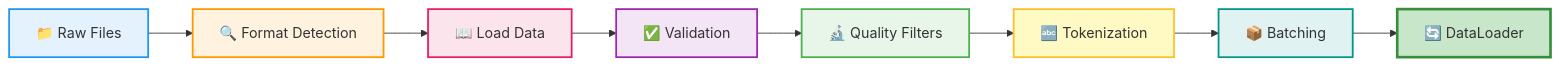
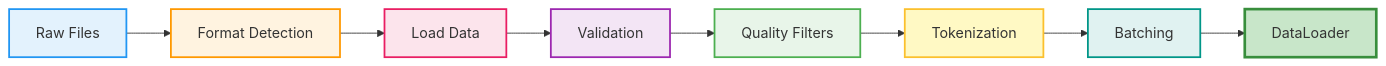
Diagram 13 of 23 in code/docs/FLOWCHARTS_VISUAL.md (Pizzaman213/Ava_AI), drawn with Mermaid before and after one commit. The commit also changed other lines of this file and 215 other files, not shown here.

````diff
--- a/code/docs/FLOWCHARTS_VISUAL.md
+++ b/code/docs/FLOWCHARTS_VISUAL.md
@@ -396,19 +396,19 @@
 ```mermaid
 graph LR
-    A[📁 Raw Files] --> B[🔍 Format Detection]
-    B --> C[📖 Load Data]
-    C --> D[✅ Validation]
-    D --> E[🔬 Quality Filters]
-    E --> F[🔤 Tokenization]
-    F --> G[📦 Batching]
-    G --> H[🔄 DataLoader]
+    A[ Raw Files] --> B[ Format Detection]
+    B --> C[ Load Data]
+    C --> D[ Validation]
+    D --> E[ Quality Filters]
+    E --> F[ Tokenization]
+    F --> G[ Batching]
+    G --> H[ DataLoader]
 
     style A fill:#E3F2FD,stroke:#2196F3,stroke-width:2px
     style B fill:#FFF3E0,stroke:#FF9800,stroke-width:2px
     style C fill:#FCE4EC,stroke:#E91E63,stroke-width:2px
     style D fill:#F3E5F5,stroke:#9C27B0,stroke-width:2px
     style E fill:#E8F5E9,stroke:#4CAF50,stroke-width:2px
     style F fill:#FFF9C4,stroke:#FBC02D,stroke-width:2px
     style G fill:#E0F2F1,stroke:#009688,stroke-width:2px
     style H fill:#C8E6C9,stroke:#388E3C,stroke-width:3px
 ```
````
